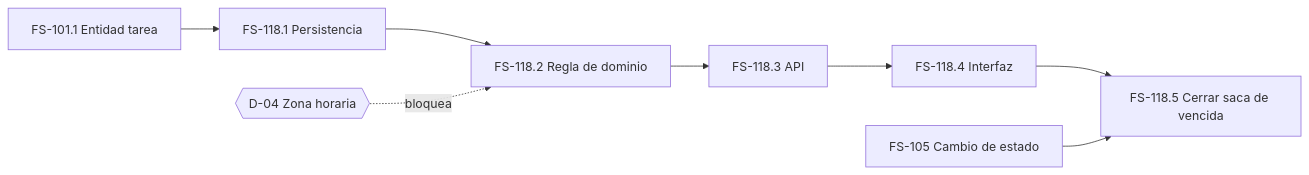
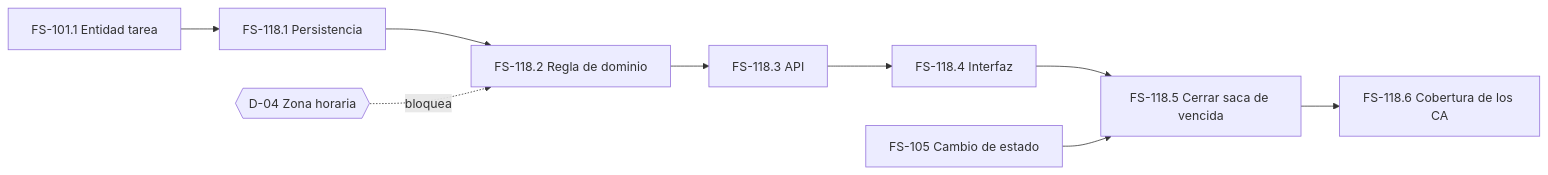
One commit to LIDR-academy/flowsync-ai4devs changed the diagram in docs/backlog/E2-gestion-tareas/us-fechas-vencimiento.tickets.md. Above: the diagram before and after it, drawn with Mermaid. The commit also changed other lines of this file and 3 other files, not shown here.

````diff
--- a/docs/backlog/E2-gestion-tareas/us-fechas-vencimiento.tickets.md
+++ b/docs/backlog/E2-gestion-tareas/us-fechas-vencimiento.tickets.md
@@ -73,10 +89,11 @@
 ```mermaid
 graph LR
   FS101_1[FS-101.1 Entidad tarea] --> FS118_1[FS-118.1 Persistencia]
   FS118_1 --> FS118_2[FS-118.2 Regla de dominio]
   FS118_2 --> FS118_3[FS-118.3 API]
   FS118_3 --> FS118_4[FS-118.4 Interfaz]
   FS118_4 --> FS118_5[FS-118.5 Cerrar saca de vencida]
   FS105[FS-105 Cambio de estado] --> FS118_5
+  FS118_5 --> FS118_6[FS-118.6 Cobertura de los CA]
   D04{{D-04 Zona horaria}} -.bloquea.-> FS118_2
 ```
````
